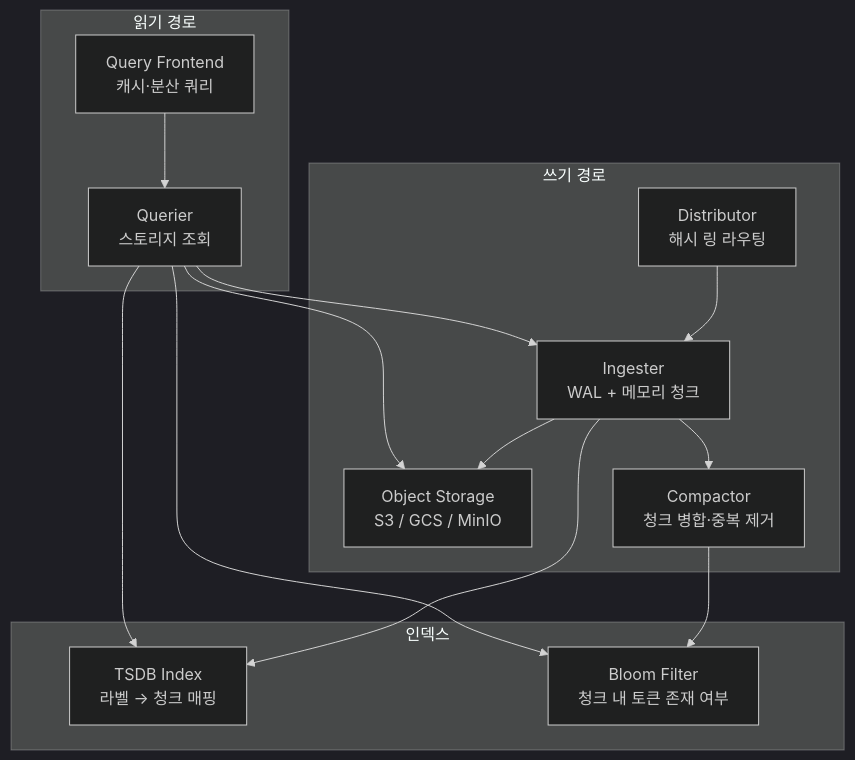
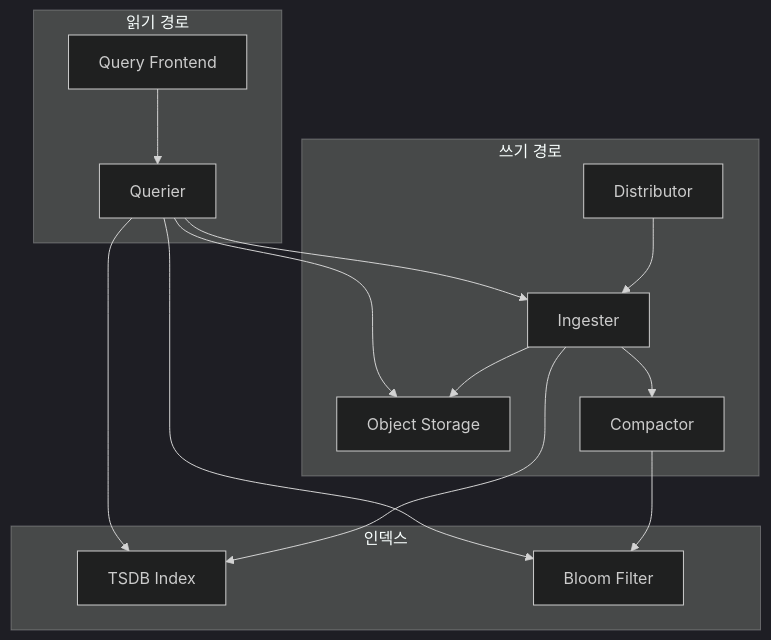
The fifth of 12 diagrams in content/linux/logging/log-management.md (moonblueblue/devops-wiki), drawn with Mermaid (dark theme) before and after one commit. The commit also changed other lines of this file and 12 other files, not shown here.

First line of the commit message:
style: linux 섹션 전체 ASCII art 제거 및 Mermaid 규칙 적용

````diff
--- a/content/linux/logging/log-management.md
+++ b/content/linux/logging/log-management.md
@@ -521,24 +512,24 @@
 ```mermaid
 flowchart TD
     subgraph Write["쓰기 경로"]
-        W1[Distributor\n해시 링 라우팅] --> W2[Ingester\nWAL + 메모리 청크]
-        W2 --> W3[Object Storage\nS3 / GCS / MinIO]
-        W2 --> W4[Compactor\n청크 병합·중복 제거]
+        W1[Distributor] --> W2[Ingester]
+        W2 --> W3[Object Storage]
+        W2 --> W4[Compactor]
     end
 
     subgraph Read["읽기 경로"]
-        R1[Query Frontend\n캐시·분산 쿼리] --> R2[Querier\n스토리지 조회]
+        R1[Query Frontend] --> R2[Querier]
         R2 --> W3
         R2 --> W2
     end
 
     subgraph Index["인덱스"]
-        I1[TSDB Index\n라벨 → 청크 매핑]
-        I2[Bloom Filter\n청크 내 토큰 존재 여부]
+        I1[TSDB Index]
+        I2[Bloom Filter]
     end
 
     W2 --> I1
     W4 --> I2
     R2 --> I1
     R2 --> I2
 ```
````
